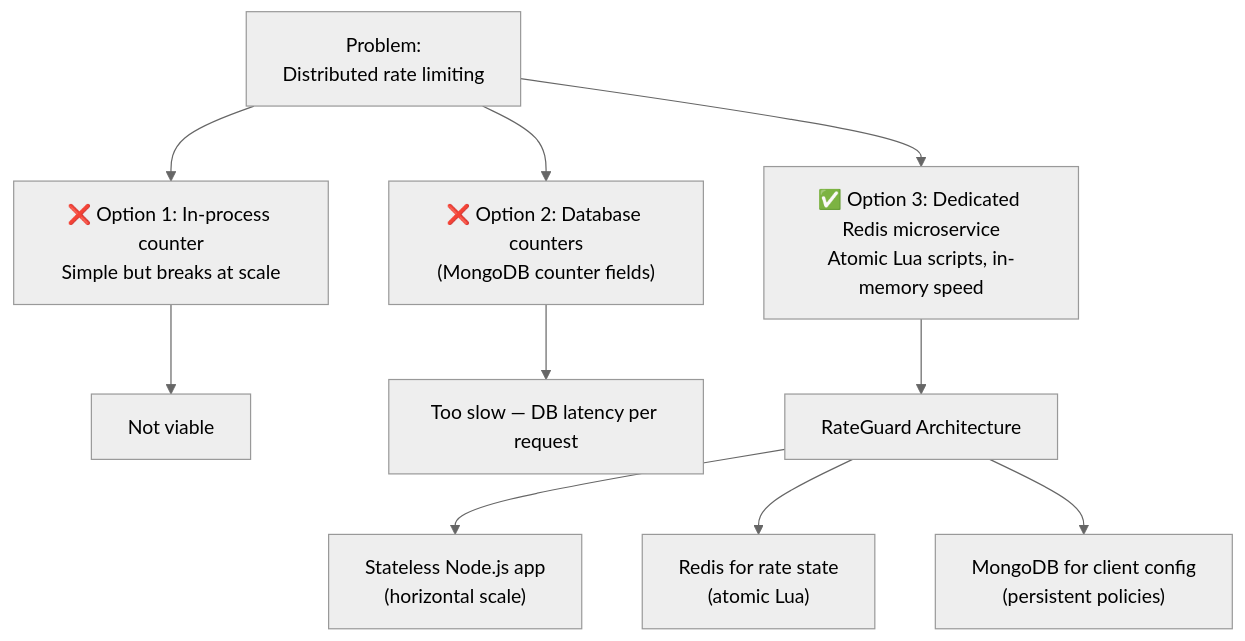
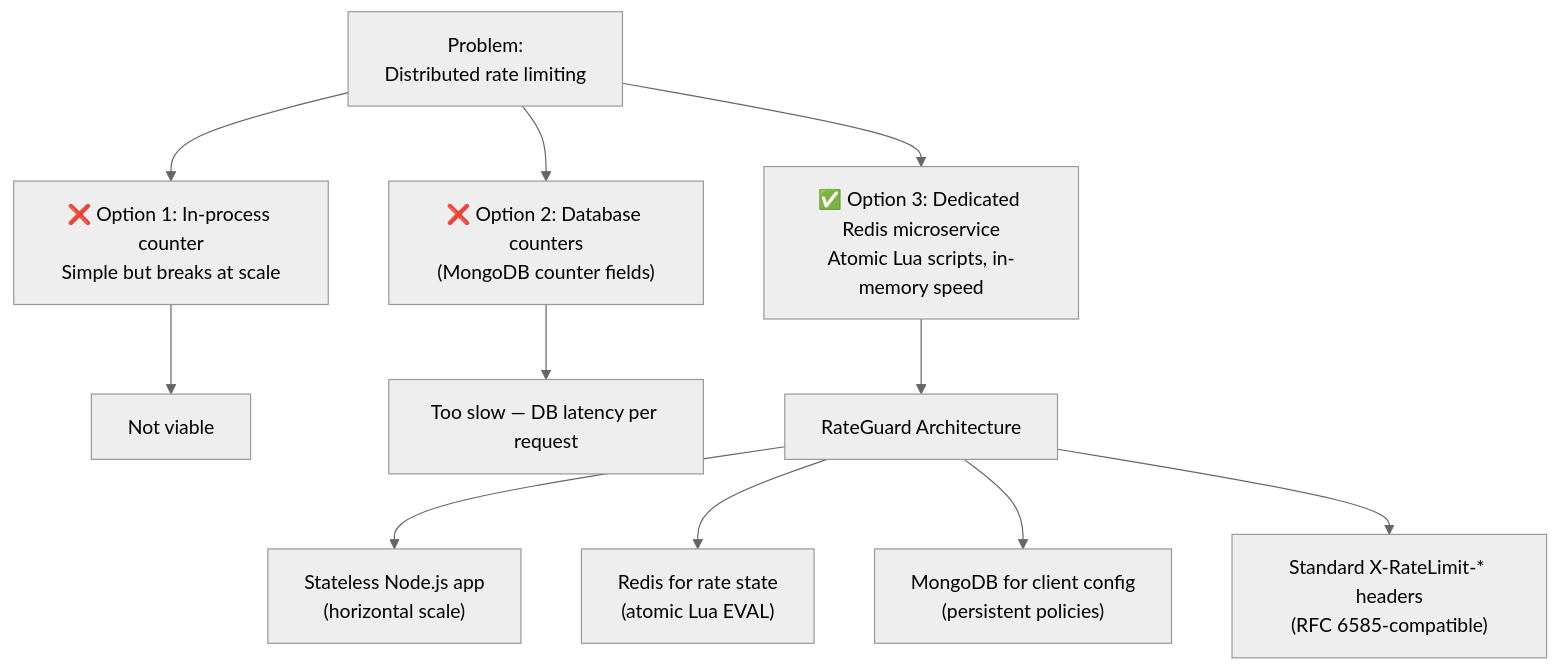
The third of 16 diagrams in projectdocumentation.md (ramalokeshreddyp/RateGuard), drawn with Mermaid (neutral theme) before and after one commit. The commit also changed other lines of this file and 2 other files, not shown here.

Commit message:
docs: comprehensive rewrite of README, ARCHITECTURE, and projectdocumentation (v2.0) - 43 tests, GET /clients/:id, X-RateLimit-* headers, BCRYPT_ROUNDS, ioredis-mock, .dockerignore

````diff
--- a/projectdocumentation.md
+++ b/projectdocumentation.md
@@ -112,12 +113,13 @@
 ```mermaid
 flowchart TD
     P["Problem:\nDistributed rate limiting"] --> A1 & A2 & A3
 
     A1["❌ Option 1: In-process counter\nSimple but breaks at scale"] --> X1["Not viable"]
     A2["❌ Option 2: Database counters\n(MongoDB counter fields)"] --> X2["Too slow — DB latency per request"]
     A3["✅ Option 3: Dedicated Redis microservice\nAtomic Lua scripts, in-memory speed"] --> CHOSEN["RateGuard Architecture"]
 
     CHOSEN --> C1["Stateless Node.js app\n(horizontal scale)"]
-    CHOSEN --> C2["Redis for rate state\n(atomic Lua)"]
+    CHOSEN --> C2["Redis for rate state\n(atomic Lua EVAL)"]
     CHOSEN --> C3["MongoDB for client config\n(persistent policies)"]
+    CHOSEN --> C4["Standard X-RateLimit-* headers\n(RFC 6585-compatible)"]
 ```
````
